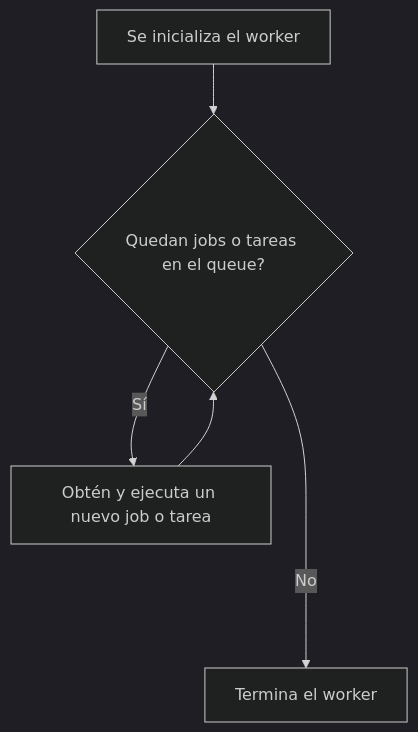
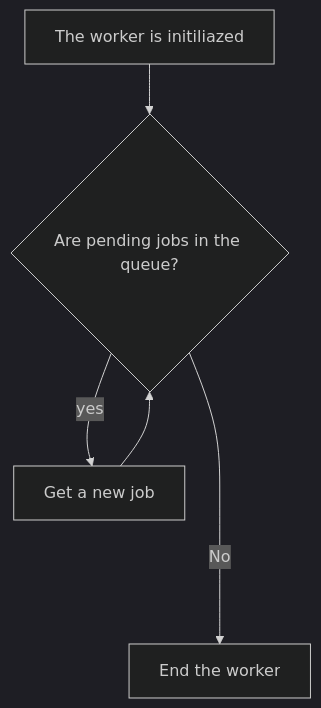
The fourth of 5 diagrams in content/posts/el-patron-de-diseno-worker-pool-aprovechando-la-concurrencia-en-go/index.en.md (EduardoZepeda/coffee-bytes-hugo), drawn with Mermaid (dark theme) before and after one commit. The commit also changed 3 other files, not shown here.

````diff
--- a/content/posts/el-patron-de-diseno-worker-pool-aprovechando-la-concurrencia-en-go/index.en.md
+++ b/content/posts/el-patron-de-diseno-worker-pool-aprovechando-la-concurrencia-en-go/index.en.md
@@ -93,7 +93,7 @@
 ``` mermaid
 flowchart TD
-    A[Se inicializa el worker] --> B{Quedan jobs o tareas en el queue?}
-    B -->|Sí| C[Obtén y ejecuta un nuevo job o tarea]
+    A[The worker is initiliazed] --> B{Are pending jobs in the queue?}
+    B -->|yes| C[Get a new job]
     C --> B
-    B ---->|No| E[Termina el worker]
+    B ---->|No| E[End the worker]
 ```
````
